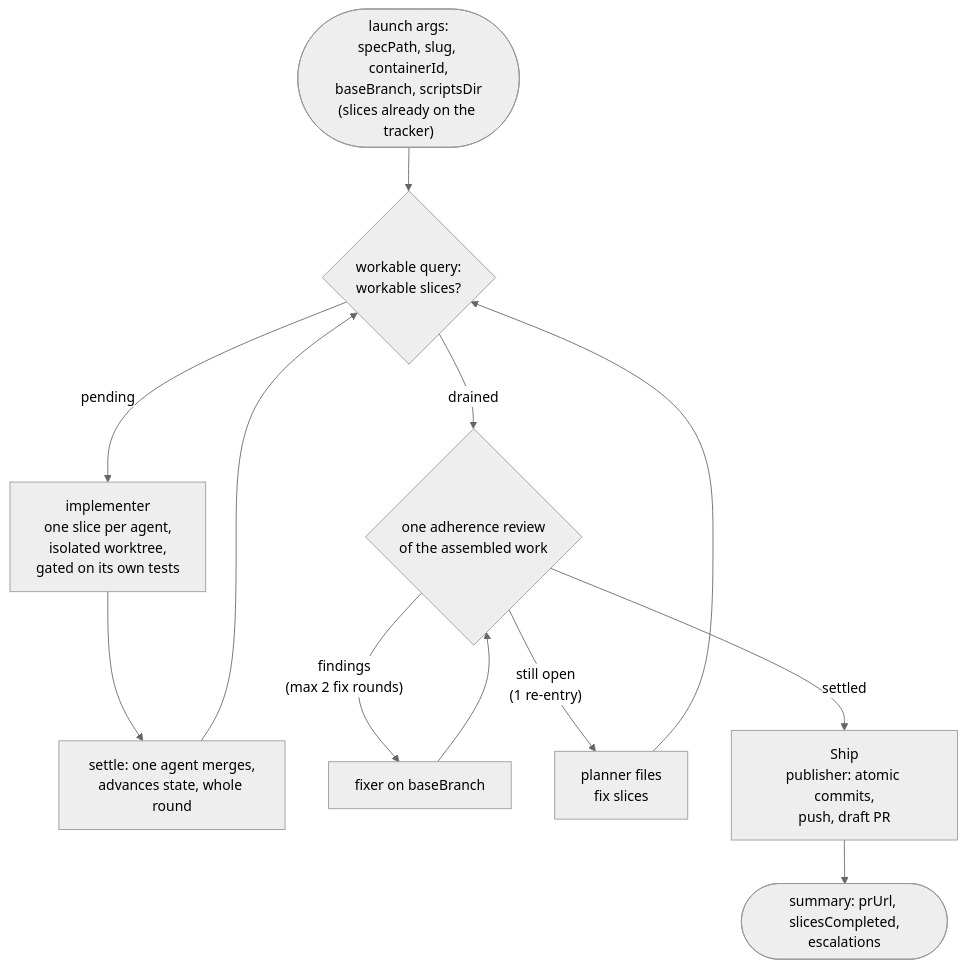
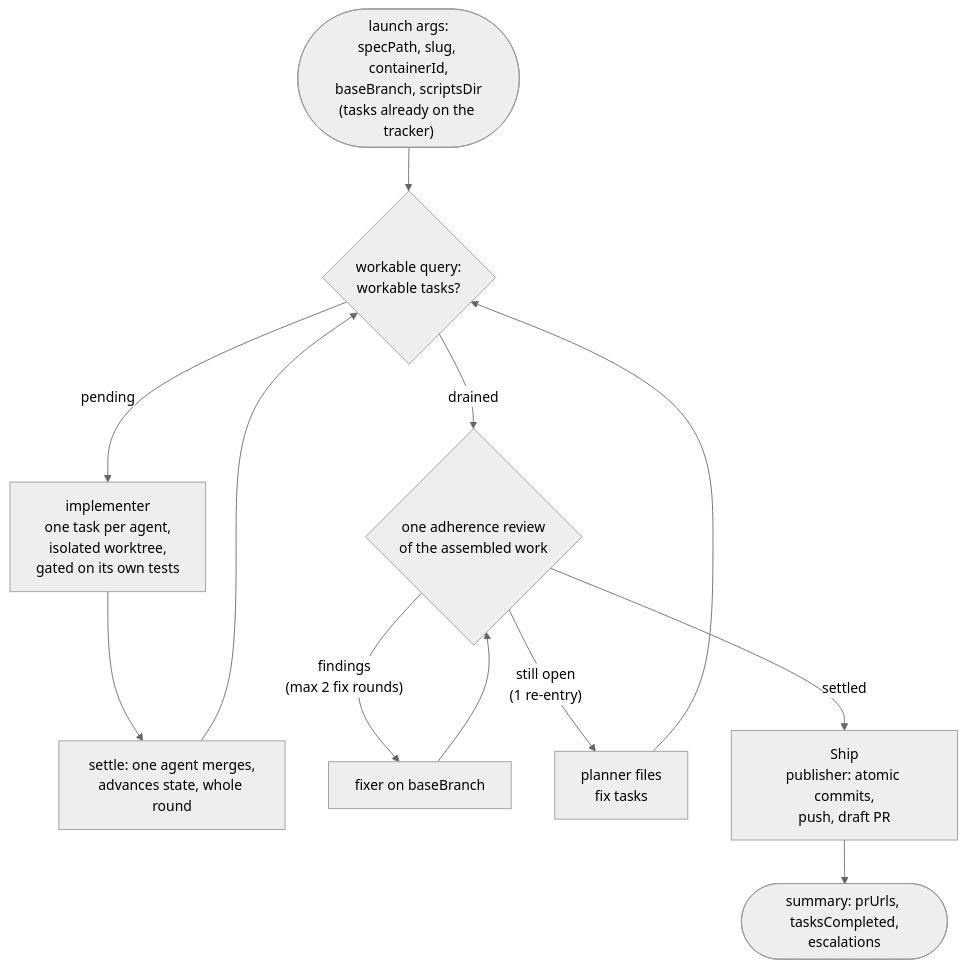
One commit to kpeez/agent-toolbox changed the second of 2 diagrams in plugins/swe/README.md. Above: the diagram before and after it, drawn with Mermaid (neutral theme). The commit also changed other lines of this file and 23 other files, not shown here.

````diff
--- a/plugins/swe/README.md
+++ b/plugins/swe/README.md
@@ -74,14 +74,14 @@
 ```mermaid
 flowchart TD
-  L(["launch args:<br/>specPath, slug, containerId,<br/>baseBranch, scriptsDir<br/>(slices already on the tracker)"]) --> F{"workable query:<br/>workable slices?"}
-  F -- "pending" --> IM["implementer<br/>one slice per agent,<br/>isolated worktree,<br/>gated on its own tests"]
+  L(["launch args:<br/>specPath, slug, containerId,<br/>baseBranch, scriptsDir<br/>(tasks already on the tracker)"]) --> F{"workable query:<br/>workable tasks?"}
+  F -- "pending" --> IM["implementer<br/>one task per agent,<br/>isolated worktree,<br/>gated on its own tests"]
   IM --> M["settle: one agent merges,<br/>advances state, whole round"]
   M --> F
   F -- "drained" --> R{"one adherence review<br/>of the assembled work"}
   R -- "findings<br/>(max 2 fix rounds)" --> FX["fixer on baseBranch"]
   FX --> R
-  R -- "still open<br/>(1 re-entry)" --> FF["planner files<br/>fix slices"]
+  R -- "still open<br/>(1 re-entry)" --> FF["planner files<br/>fix tasks"]
   FF --> F
   R -- "settled" --> SH["Ship<br/>publisher: atomic commits,<br/>push, draft PR"]
-  SH --> OUT(["summary: prUrl, slicesCompleted,<br/>escalations"])
+  SH --> OUT(["summary: prUrls, tasksCompleted,<br/>escalations"])
 ```
````
